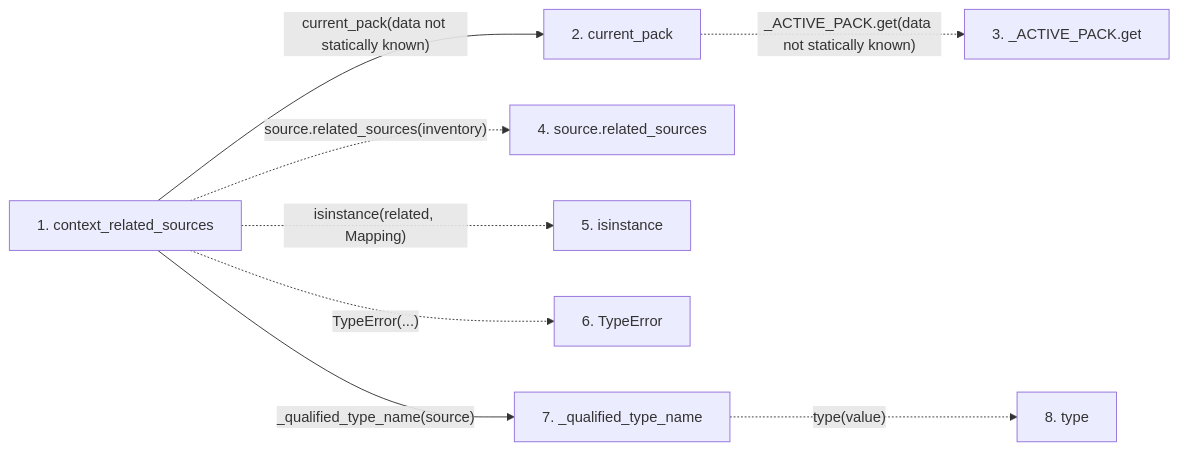
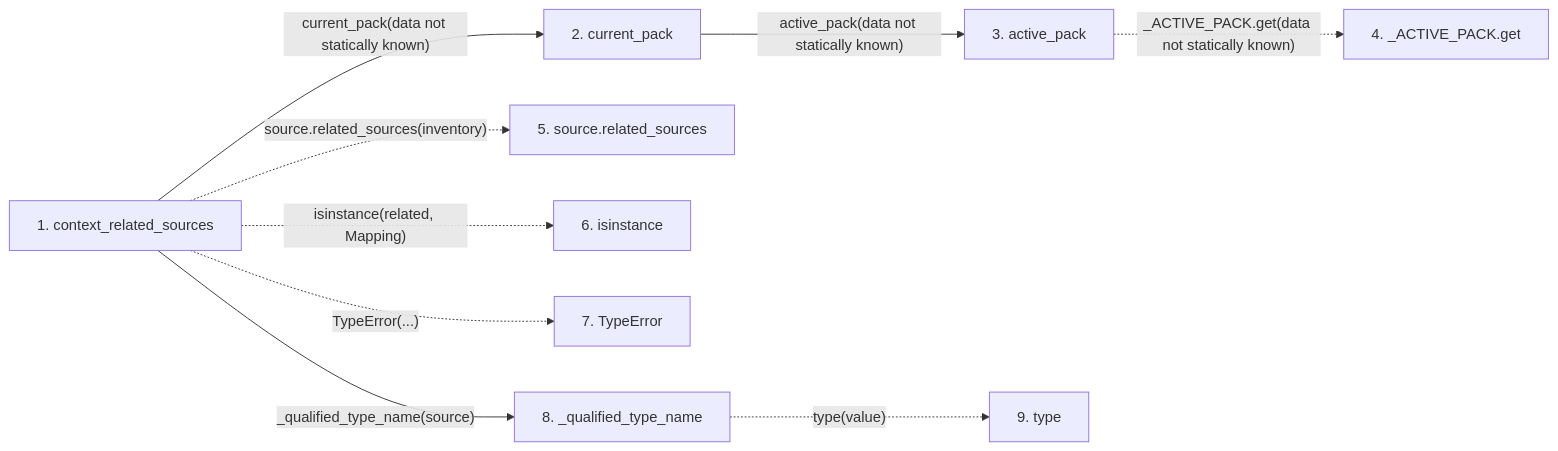
Before and after one commit to Denissvgn/python-wiki-llm: the second of 2 diagrams in docs/llm_wiki/flows/api-context_related_sources.md, drawn with Mermaid. The commit also changed other lines of this file and 719 other files, not shown here.

````diff
--- a/docs/llm_wiki/flows/api-context_related_sources.md
+++ b/docs/llm_wiki/flows/api-context_related_sources.md
@@ -48,21 +50,24 @@
 ```mermaid
 flowchart LR
     s1["1. context_related_sources"]
     s2["2. current_pack"]
-    s3["3. _ACTIVE_PACK.get"]
-    s4["4. source.related_sources"]
-    s5["5. isinstance"]
-    s6["6. TypeError"]
-    s7["7. _qualified_type_name"]
-    s8["8. type"]
+    s3["3. active_pack"]
+    s4["4. _ACTIVE_PACK.get"]
+    s5["5. source.related_sources"]
+    s6["6. isinstance"]
+    s7["7. TypeError"]
+    s8["8. _qualified_type_name"]
+    s9["9. type"]
     s1 -->|"current_pack(data not statically known)"| s2
-    s2 -. "_ACTIVE_PACK.get(data not statically known)" .-> s3
-    s1 -. "source.related_sources(inventory)" .-> s4
-    s1 -. "isinstance(related, Mapping)" .-> s5
-    s1 -. "TypeError(...)" .-> s6
-    s1 -->|"_qualified_type_name(source)"| s7
-    s7 -. "type(value)" .-> s8
+    s2 -->|"active_pack(data not statically known)"| s3
+    s3 -. "_ACTIVE_PACK.get(data not statically known)" .-> s4
+    s1 -. "source.related_sources(inventory)" .-> s5
+    s1 -. "isinstance(related, Mapping)" .-> s6
+    s1 -. "TypeError(...)" .-> s7
+    s1 -->|"_qualified_type_name(source)"| s8
+    s8 -. "type(value)" .-> s9
     click s1 "../modules/domain_pack.md"
     click s2 "../modules/domain_pack.md"
-    click s7 "../modules/domain_pack.md"
+    click s3 "../modules/pack_interfaces.md"
+    click s8 "../modules/pack_interfaces.md"
 ```
````
